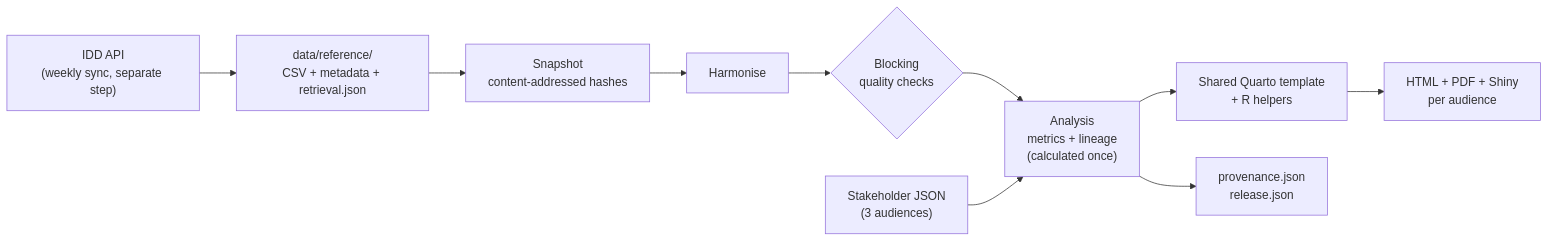
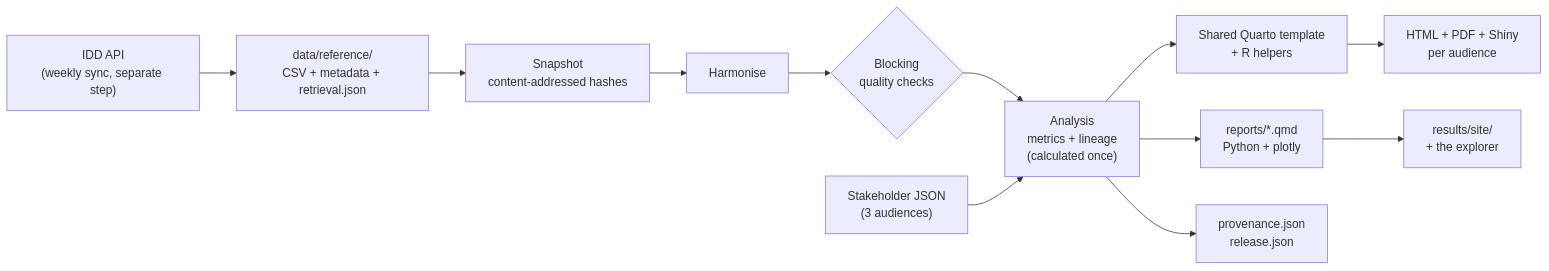
Before and after one commit to LarsEBaumann/Health_Report_Generator: the diagram in README.md, drawn with Mermaid. The commit also changed other lines of this file and 68 other files, not shown here.

````diff
--- a/README.md
+++ b/README.md
@@ -68,12 +98,14 @@
 ```mermaid
 flowchart LR
   A["IDD API<br/>(weekly sync, separate step)"] --> B["data/reference/<br/>CSV + metadata + retrieval.json"]
   B --> C["Snapshot<br/>content-addressed hashes"]
   C --> D["Harmonise"]
   D --> E{"Blocking<br/>quality checks"}
   E --> F["Analysis<br/>metrics + lineage<br/>(calculated once)"]
   P["Stakeholder JSON<br/>(3 audiences)"] --> F
   F --> G["Shared Quarto template<br/>+ R helpers"]
+  F --> Q["reports/*.qmd<br/>Python + plotly"]
   G --> H["HTML + PDF + Shiny<br/>per audience"]
+  Q --> S["results/site/<br/>+ the explorer"]
   F --> I["provenance.json<br/>release.json"]
 ```
````
